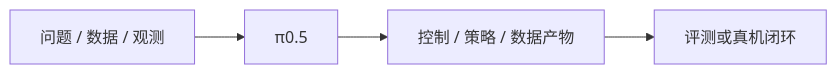
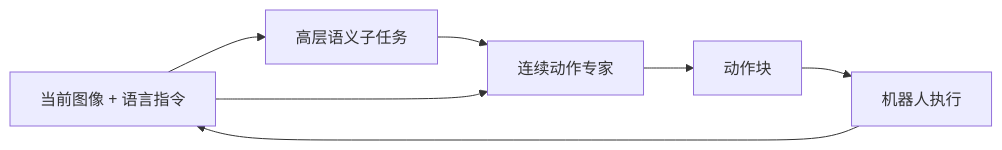
Before and after one commit to ImChong/Robotics_Notebooks: the first of 2 diagrams in wiki/entities/paper-pi05-open-world-vla.md, drawn with Mermaid. The commit also changed other lines of this file, not shown here.

````diff
--- a/wiki/entities/paper-pi05-open-world-vla.md
+++ b/wiki/entities/paper-pi05-open-world-vla.md
@@ -75,6 +77,9 @@
 ```mermaid
 flowchart LR
-  A["问题 / 数据 / 观测"] --> B["π0.5"]
-  B --> C["控制 / 策略 / 数据产物"]
-  C --> D["评测或真机闭环"]
+  obs["当前图像 + 语言指令"] --> high["高层语义子任务"]
+  high --> low["连续动作专家"]
+  obs --> low
+  low --> chunk["动作块"]
+  chunk --> robot["机器人执行"]
+  robot --> obs
 ```
````
